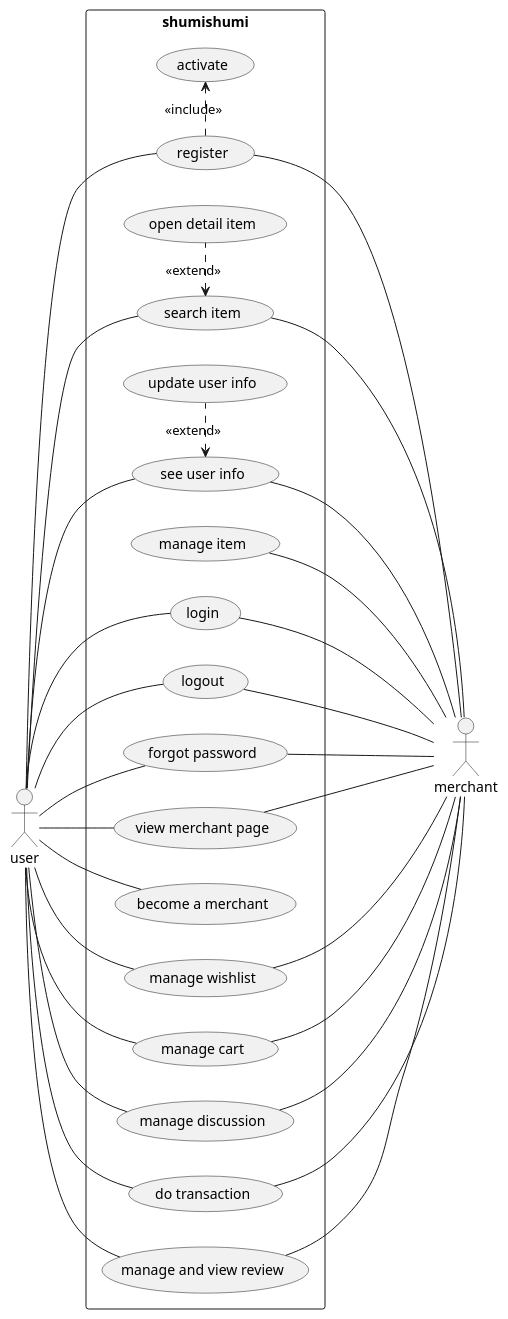
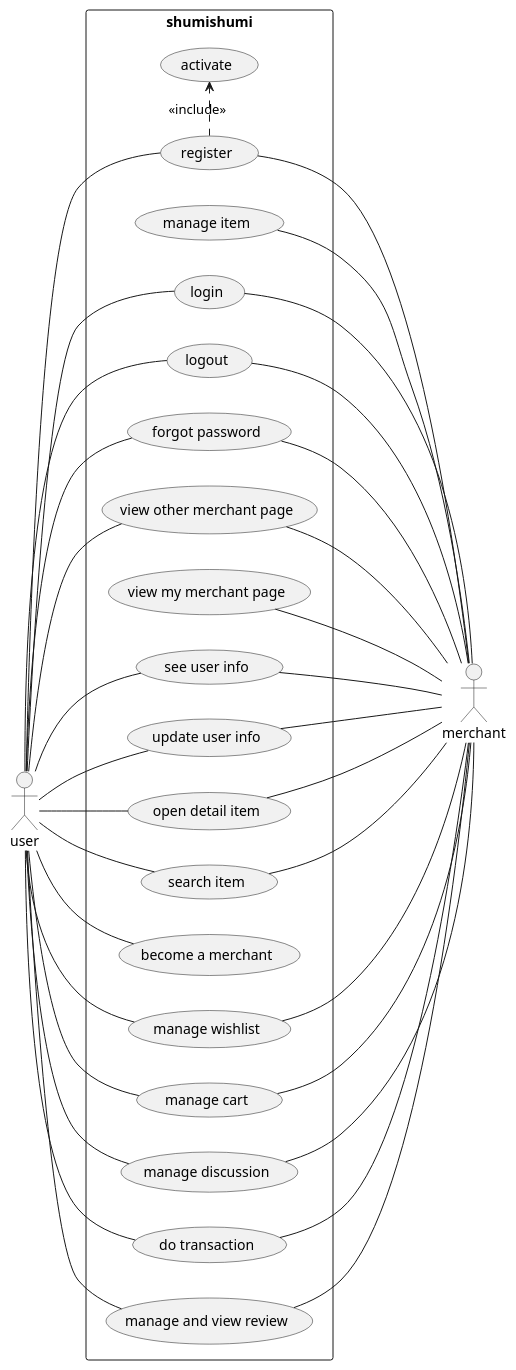
Before and after one commit to aldihsuhandi/skripsi-2023: the diagram in uml diagram/usecase diagram.pu, drawn with PlantUML. The commit also changed 1 other file, not shown here.

Commit message:
finish usecase diagram

```diff
--- a/uml diagram/usecase diagram.pu
+++ b/uml diagram/usecase diagram.pu
@@ -1,86 +1,94 @@
 @startuml usecase diagram
 
 left to right direction
 
 skinparam actor {
     Location right
     StereotypeFontStyle bold
 }
 
 actor user as u
 actor merchant as m
 
 rectangle shumishumi {
     usecase "manage item" as manage_item
 
     usecase "login" as login
     usecase "activate" as activate
     usecase "register" as register
     usecase "logout" as logout
     usecase "forgot password" as forgotpassword
 
-    usecase "view merchant page" as merchant_page
+    usecase "view other merchant page" as merchant_page
+
+    usecase "view my merchant page" as my_page
 
     usecase "see user info" as user_info
     usecase "update user info" as update_info
 
     usecase "open detail item" as detail
     usecase "search item" as search
 
     usecase "become a merchant" as be_merchant
 
     usecase "manage wishlist" as wishlist
     usecase "manage cart" as cart
     usecase "manage discussion" as discussion
 
     usecase "do transaction" as trx
     usecase "manage and view review" as review
 }
 
 ' user
 u -- login
 u -- logout
 u -- user_info
 
 u -- search
 
 u -- merchant_page
 
 u -- register
 u -- forgotpassword
 u -- be_merchant
 
 u -- wishlist
 u -- cart
 u -- discussion
 
 u -- trx
 
 u -- review
 
+u -- detail
+detail -- m
+
+u -- update_info
+update_info -- m
+
 ' merchant
 login -- m
 user_info -- m
 logout -- m
 register -- m
 forgotpassword -- m
+
+my_page -- m
 
 search -- m
 merchant_page -- m
 
 wishlist --- m
 cart --- m
 discussion -- m
 
 trx -- m
 
 review -- m
 
 manage_item -- m
 
 
 register .> activate : <<include>>
-search <. detail : <<extend>>
-user_info <. update_info :<<extend>>
 
 @enduml
```
